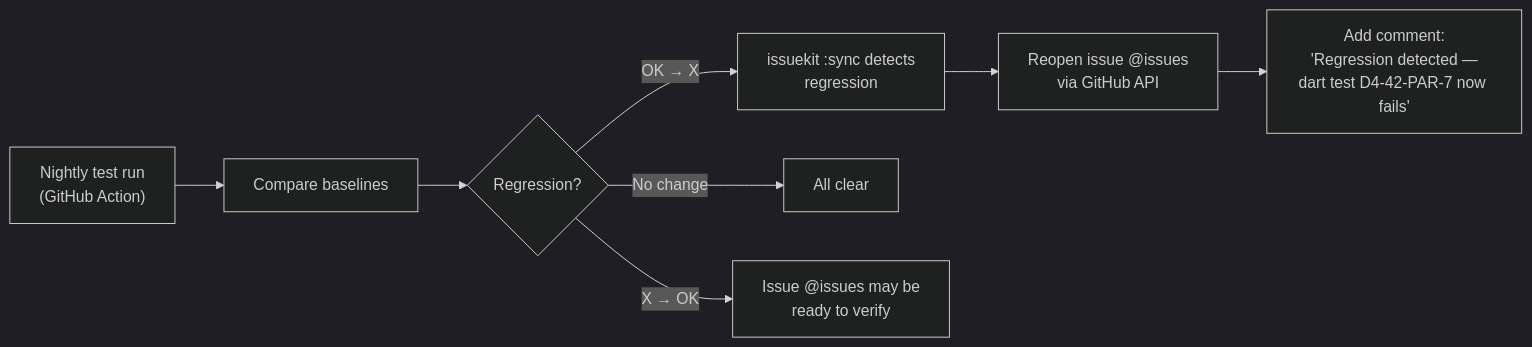
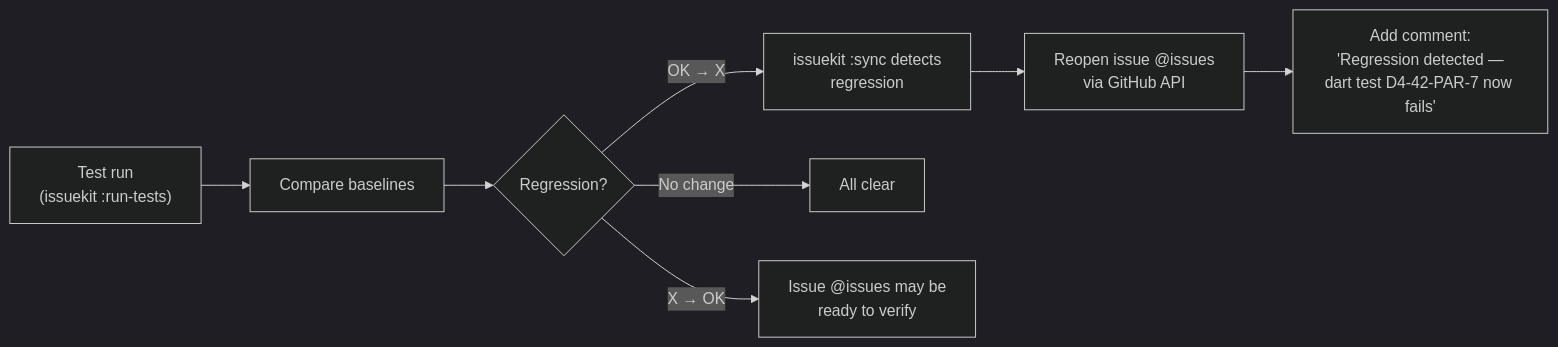
The seventh of 10 diagrams in tom_issue_kit/doc/issue_tracking.md (al-the-bear/tom_devops), drawn with Mermaid (dark theme) before and after one commit. The commit also changed other lines of this file and 15 other files, not shown here.

First line of the commit message:
tom_issue_kit 1.5.0: :run-tests runs testkit locally; --github dispatches only where Actions is on

````diff
--- a/tom_issue_kit/doc/issue_tracking.md
+++ b/tom_issue_kit/doc/issue_tracking.md
@@ -872,10 +872,10 @@
 ```mermaid
 graph LR
-    A["Nightly test run<br/>(GitHub Action)"] --> B["Compare baselines"]
+    A["Test run<br/>(issuekit :run-tests)"] --> B["Compare baselines"]
     B --> C{"Regression?"}
     C -->|"OK → X"| D["issuekit :sync detects<br/>regression"]
     D --> E["Reopen issue @issues<br/>via GitHub API"]
     E --> F["Add comment:<br/>'Regression detected —<br/>dart test D4-42-PAR-7 now fails'"]
     C -->|"No change"| G["All clear"]
     C -->|"X → OK"| H["Issue @issues may be<br/>ready to verify"]
 ```
````
